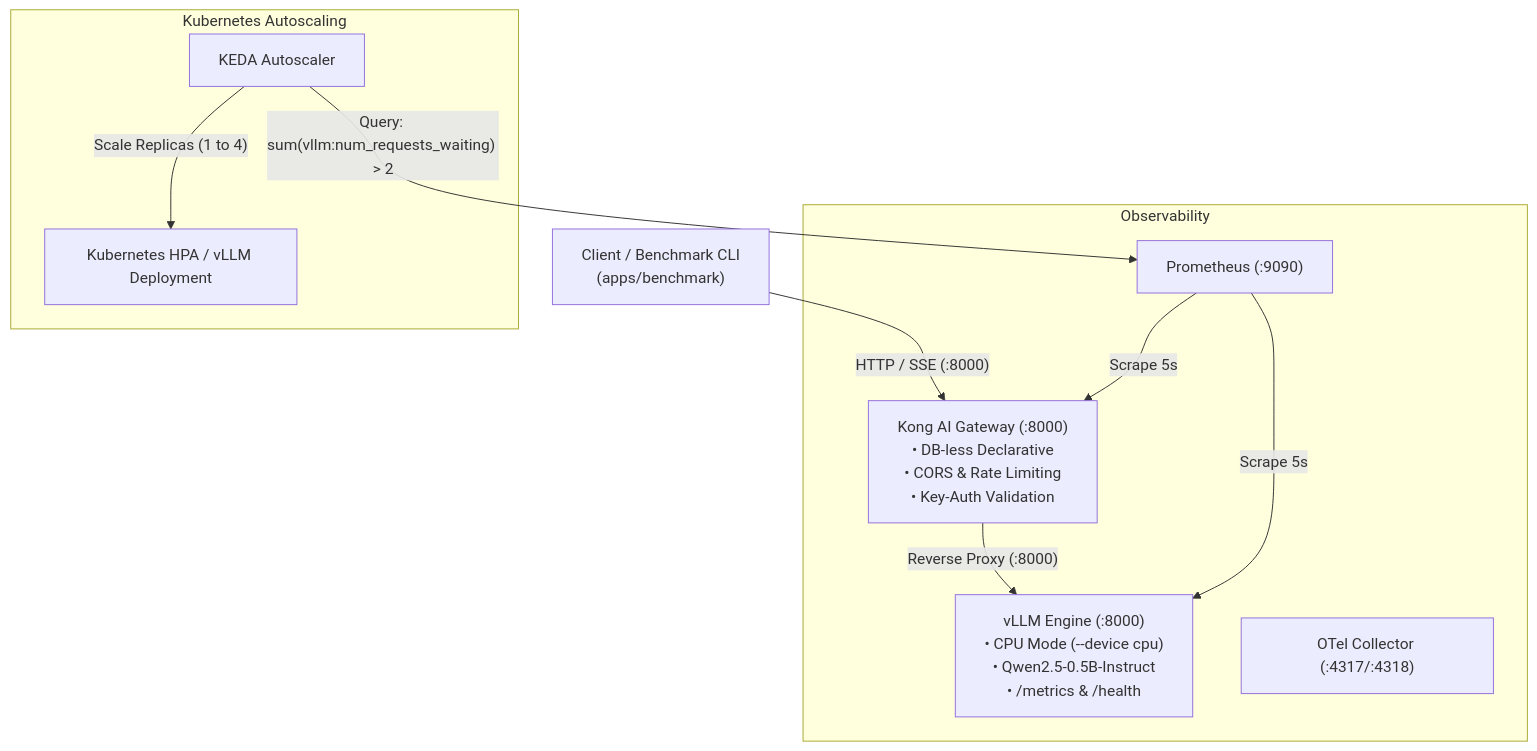
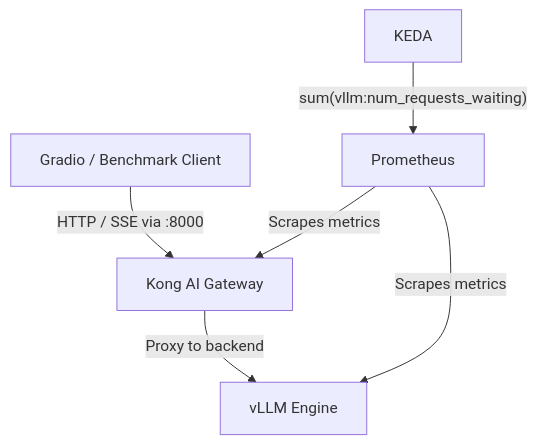
One commit to victorbecerragit/vllm-inference-platform changed the diagram in README.md. Above: the diagram before and after it, drawn with Mermaid. The commit also changed other lines of this file and 10 other files, not shown here.

````diff
--- a/README.md
+++ b/README.md
@@ -9,16 +13,8 @@
 ```mermaid
 flowchart TD
-    Client["Client / Benchmark CLI<br/>(apps/benchmark)"] -->|"HTTP / SSE (:8000)"| Kong["Kong AI Gateway (:8000)<br/>• DB-less Declarative<br/>• CORS & Rate Limiting<br/>• Key-Auth Validation"]
-    Kong -->|"Reverse Proxy (:8000)"| vLLM["vLLM Engine (:8000)<br/>• CPU Mode (--device cpu)<br/>• Qwen2.5-0.5B-Instruct<br/>• /metrics & /health"]
-    
-    subgraph Observability
-        Prometheus["Prometheus (:9090)"] -->|"Scrape 5s"| vLLM
-        Prometheus -->|"Scrape 5s"| Kong
-        OTel["OTel Collector (:4317/:4318)"]
-    end
-    
-    subgraph Kubernetes Autoscaling
-        KEDA["KEDA Autoscaler"] -->|"Query: sum(vllm:num_requests_waiting) > 2"| Prometheus
-        KEDA -->|"Scale Replicas (1 to 4)"| HPA["Kubernetes HPA / vLLM Deployment"]
-    end
+    Client["Gradio / Benchmark Client"] -->|"HTTP / SSE via :8000"| Kong["Kong AI Gateway"]
+    Kong -->|"Proxy to backend"| vLLM["vLLM Engine"]
+    Prometheus -->|"Scrapes metrics"| Kong
+    Prometheus -->|"Scrapes metrics"| vLLM
+    KEDA -->|"sum(vllm:num_requests_waiting)"| Prometheus
 ```
````
